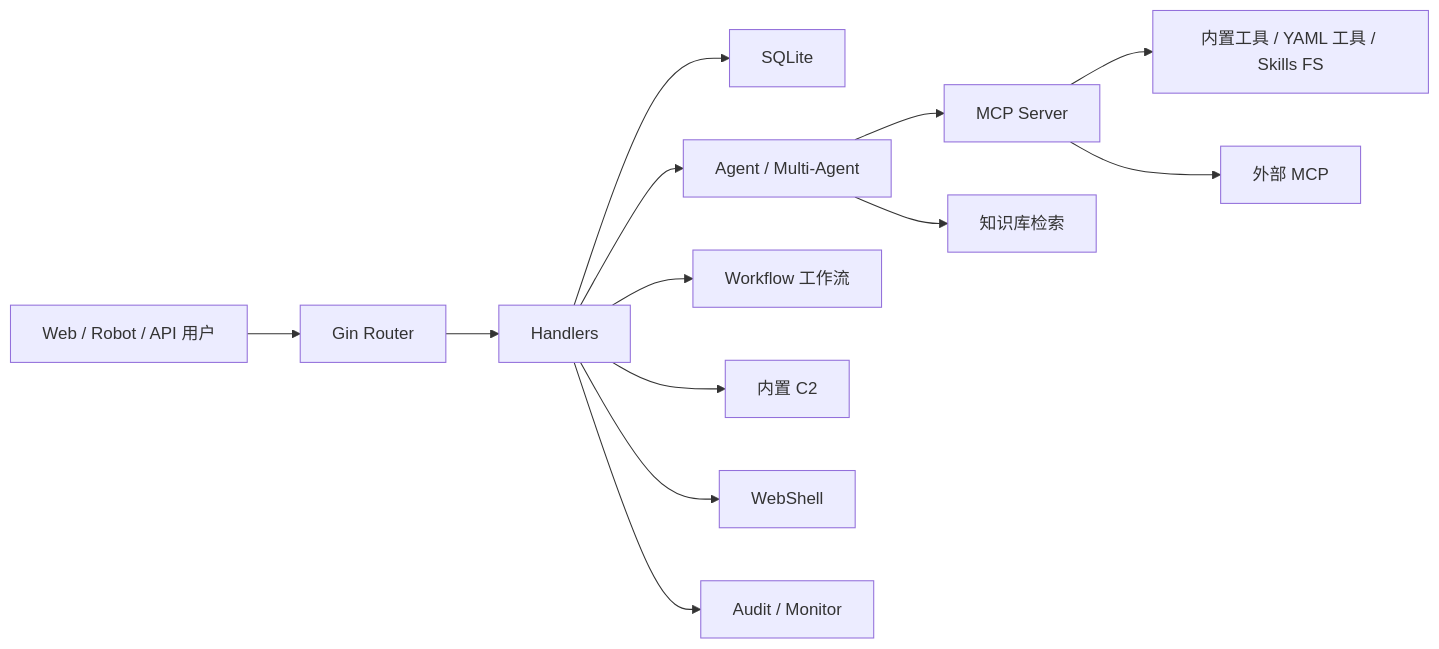
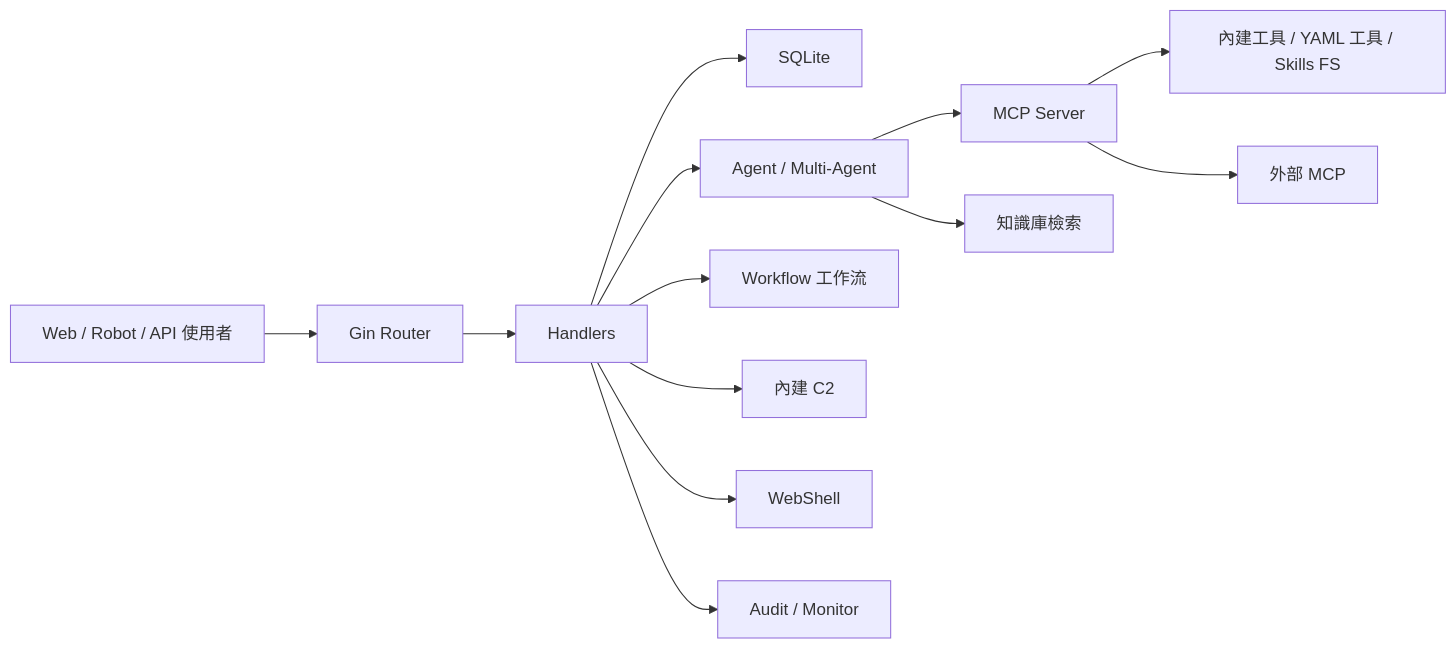
The diagram in docs/zh-CN/architecture.md (TIAN0517/JySecAI), drawn with Mermaid before and after one commit. The commit also changed other lines of this file and 42 other files, not shown here.

````diff
--- a/docs/zh-CN/architecture.md
+++ b/docs/zh-CN/architecture.md
@@ -7,15 +7,15 @@
 ```mermaid
 flowchart LR
-    U["Web / Robot / API 用户"] --> R["Gin Router"]
+    U["Web / Robot / API 使用者"] --> R["Gin Router"]
     R --> H["Handlers"]
     H --> DB["SQLite"]
     H --> A["Agent / Multi-Agent"]
     A --> M["MCP Server"]
-    M --> T["内置工具 / YAML 工具 / Skills FS"]
+    M --> T["內建工具 / YAML 工具 / Skills FS"]
     M --> EM["外部 MCP"]
-    A --> K["知识库检索"]
+    A --> K["知識庫檢索"]
     H --> W["Workflow 工作流"]
-    H --> C2["内置 C2"]
+    H --> C2["內建 C2"]
     H --> WS["WebShell"]
     H --> AU["Audit / Monitor"]
 ```
````
